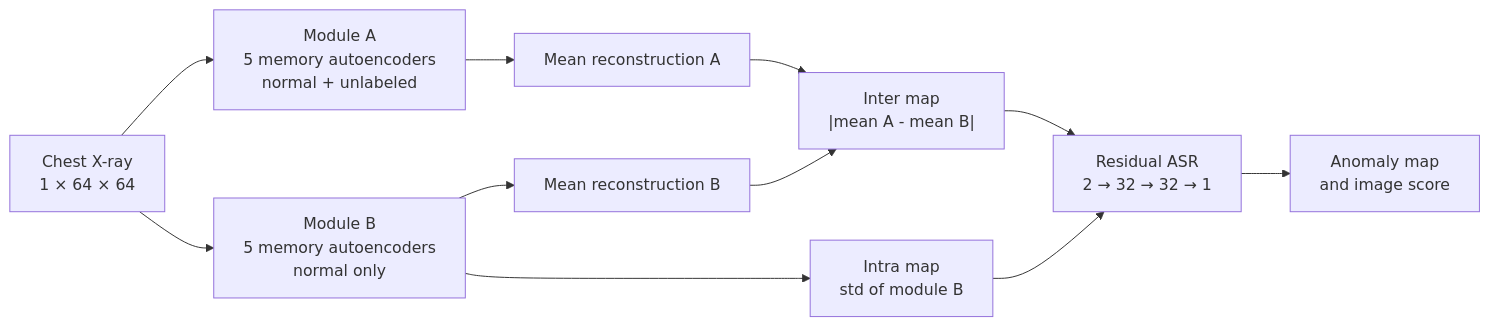
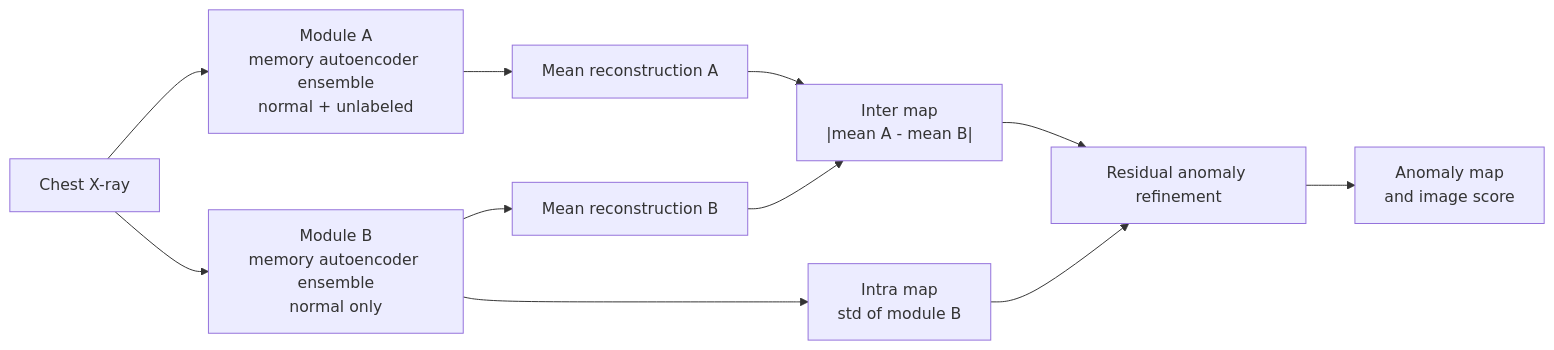
The diagram in README.md (useryhif/ChestMem-AD), drawn with Mermaid before and after one commit. The commit also changed other lines of this file, not shown here.

Commit message:
Focus README model section on architecture

````diff
--- a/README.md
+++ b/README.md
@@ -36,18 +36,18 @@
 ```mermaid
 flowchart LR
-    X["Chest X-ray<br/>1 × 64 × 64"]
-    A["Module A<br/>5 memory autoencoders<br/>normal + unlabeled"]
-    B["Module B<br/>5 memory autoencoders<br/>normal only"]
+    X["Chest X-ray"]
+    A["Module A<br/>memory autoencoder ensemble<br/>normal + unlabeled"]
+    B["Module B<br/>memory autoencoder ensemble<br/>normal only"]
     MA["Mean reconstruction A"]
     MB["Mean reconstruction B"]
     INTER["Inter map<br/>|mean A - mean B|"]
     INTRA["Intra map<br/>std of module B"]
-    ASR["Residual ASR<br/>2 → 32 → 32 → 1"]
+    ASR["Residual anomaly refinement"]
     SCORE["Anomaly map<br/>and image score"]
 
     X --> A --> MA --> INTER
     X --> B --> MB --> INTER
     B --> INTRA
     INTER --> ASR
     INTRA --> ASR --> SCORE
 ```
````
